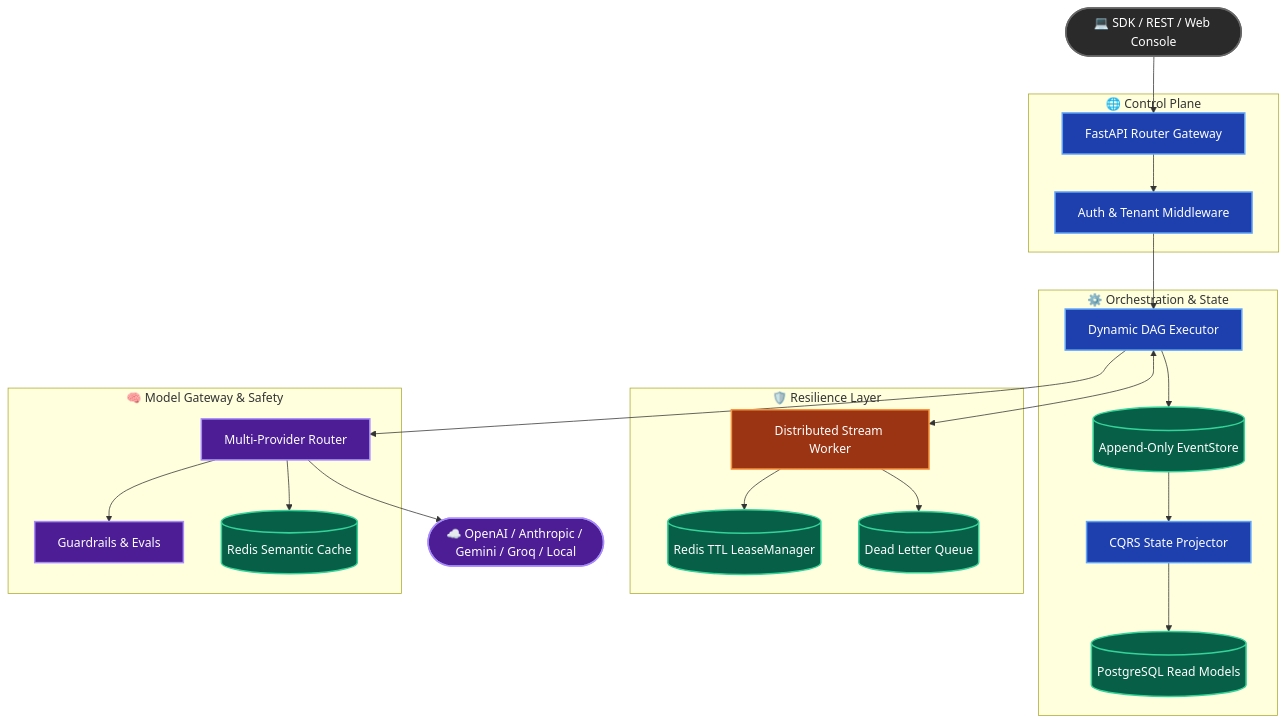
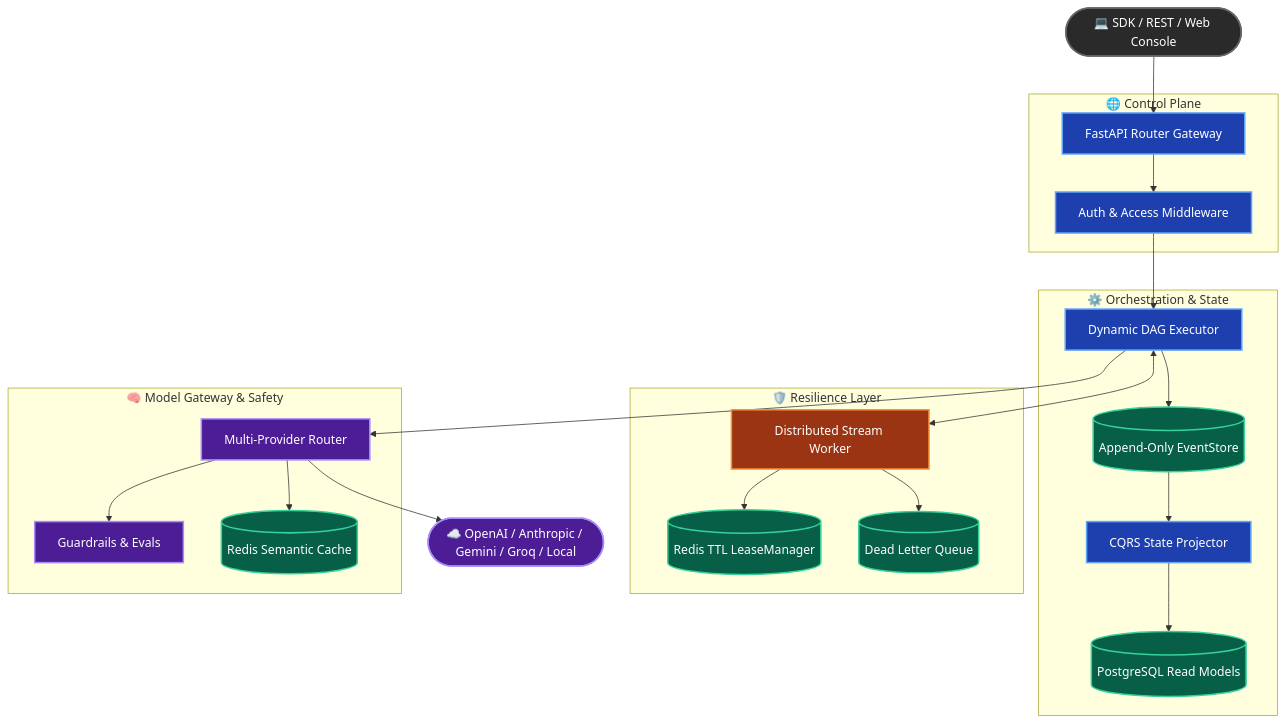
One commit to Akgithub2028/Vortex-V2 changed the diagram in README.md. Above: the diagram before and after it, drawn with Mermaid. The commit also changed other lines of this file, not shown here.

````diff
--- a/README.md
+++ b/README.md
@@ -36,55 +43,55 @@
 ```mermaid
 flowchart TD
     %% Define styles
     classDef client fill:#2a2a2a,stroke:#666,stroke-width:2px,color:#fff
     classDef core fill:#1e40af,stroke:#60a5fa,stroke-width:2px,color:#fff
     classDef store fill:#065f46,stroke:#34d399,stroke-width:2px,color:#fff
     classDef worker fill:#9a3412,stroke:#fb923c,stroke-width:2px,color:#fff
     classDef llm fill:#4c1d95,stroke:#a78bfa,stroke-width:2px,color:#fff
 
     Client(["💻 SDK / REST / Web Console"]):::client
 
     subgraph "🌐 Control Plane"
         API["FastAPI Router Gateway"]:::core
-        Auth["Auth & Tenant Middleware"]:::core
+        Auth["Auth & Access Middleware"]:::core
     end
 
     subgraph "⚙️ Orchestration & State"
         Engine["Dynamic DAG Executor"]:::core
         EventStore[("Append-Only EventStore")]:::store
         Projector["CQRS State Projector"]:::core
         ReadDB[("PostgreSQL Read Models")]:::store
     end
 
     subgraph "🛡️ Resilience Layer"
         Worker["Distributed Stream Worker"]:::worker
         Lease[("Redis TTL LeaseManager")]:::store
         DLQ[("Dead Letter Queue")]:::store
     end
 
     subgraph "🧠 Model Gateway & Safety"
         Gateway["Multi-Provider Router"]:::llm
         Guard["Guardrails & Evals"]:::llm
         Cache[("Redis Semantic Cache")]:::store
     end
 
     Providers(["☁️ OpenAI / Anthropic / Gemini / Groq / Local"]):::llm
 
     %% Connections
     Client --> API
     API --> Auth
     Auth --> Engine
 
     Engine --> EventStore
     EventStore --> Projector
     Projector --> ReadDB
 
     Engine <--> Worker
     Worker --> Lease
     Worker --> DLQ
 
     Engine --> Gateway
     Gateway --> Guard
     Gateway --> Cache
     Gateway --> Providers
 ```
````
